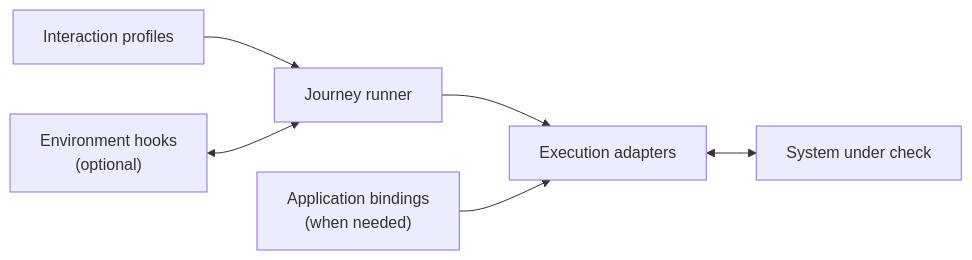
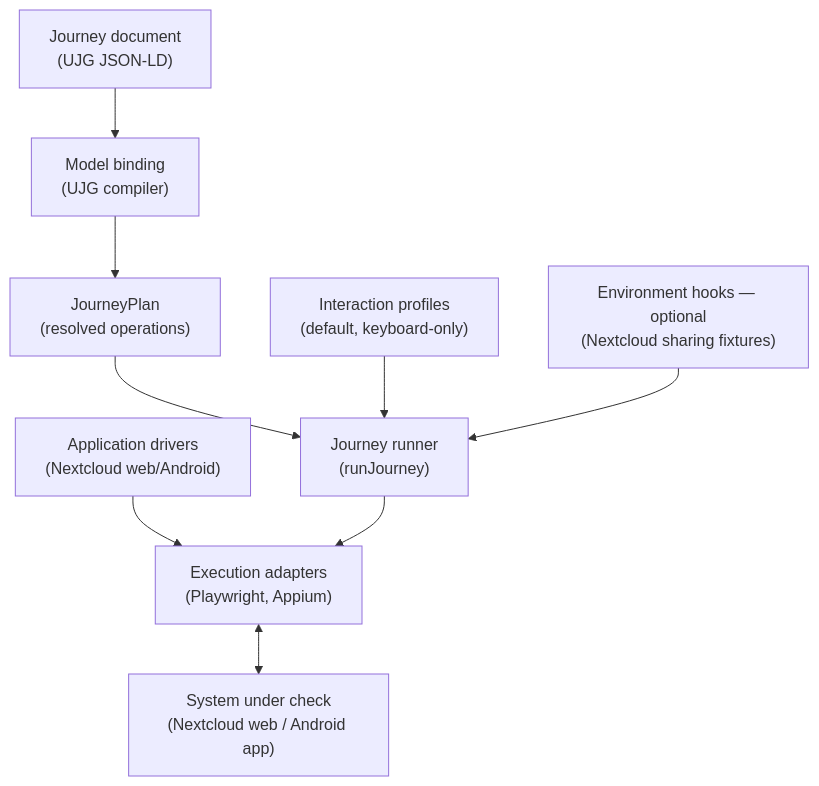
One commit to openuji/journey-mesh changed the third of 5 diagrams in README.md. Above: the diagram before and after it, drawn with Mermaid. The commit also changed other lines of this file, not shown here.

````diff
--- a/README.md
+++ b/README.md
@@ -58,8 +60,11 @@
 ```mermaid
-flowchart LR
-  profiles["Interaction profiles"] --> runner["Journey runner"]
-  environment["Environment hooks<br/>(optional)"] <--> runner
-  runner --> adapters["Execution adapters"]
-  drivers["Application bindings<br/>(when needed)"] --> adapters
-  adapters <--> system["System under check"]
+flowchart TB
+  document["Journey document<br/>(UJG JSON-LD)"] --> binding["Model binding<br/>(UJG compiler)"]
+  binding --> plan["JourneyPlan<br/>(resolved operations)"]
+  plan --> runner["Journey runner<br/>(runJourney)"]
+  drivers["Application drivers<br/>(Nextcloud web/Android)"] --> adapters["Execution adapters<br/>(Playwright, Appium)"]
+  runner --> adapters
+  adapters <--> system["System under check<br/>(Nextcloud web / Android app)"]
+  profiles["Interaction profiles<br/>(default, keyboard-only)"] --> runner
+  environment["Environment hooks — optional<br/>(Nextcloud sharing fixtures)"] --> runner
 ```
````
